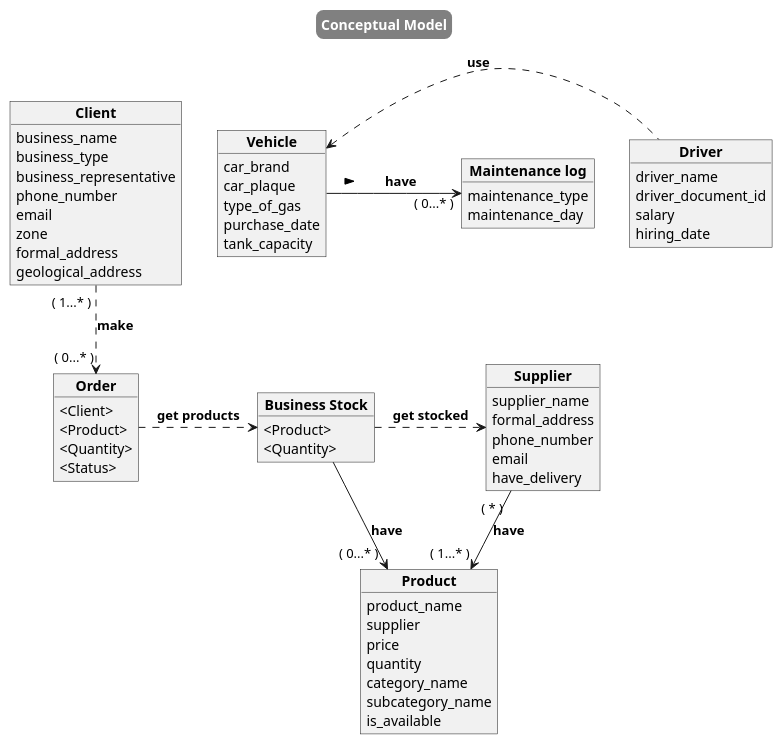
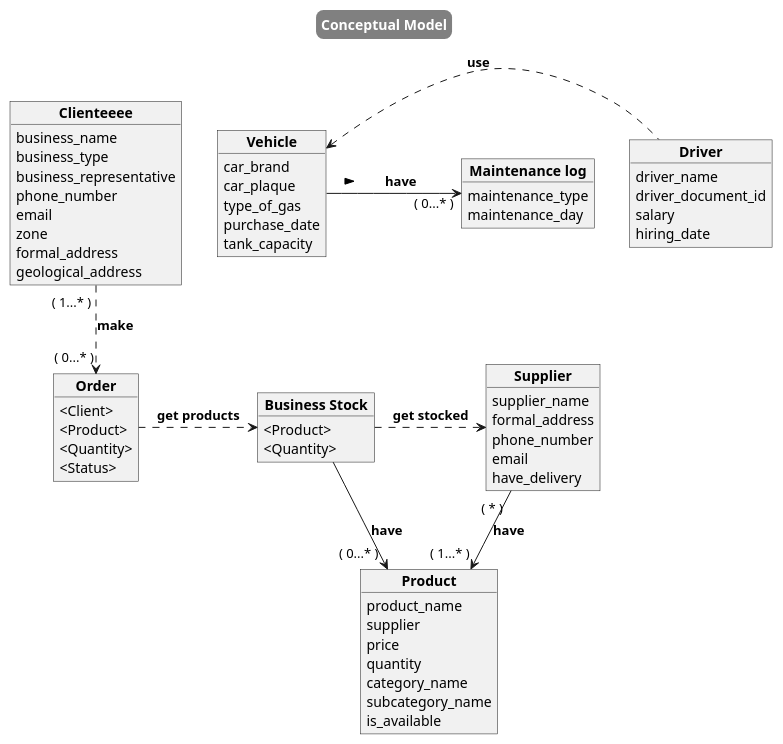
Before and after one commit to hros19/CorreCaminos-management-system: the diagram in database_diagram.wsd, drawn with PlantUML.

```diff
--- a/database_diagram.wsd
+++ b/database_diagram.wsd
@@ -1,79 +1,79 @@
 @startuml Conceptual Database Model
 
 skinparam TitleBorderRoundCorner 15
 skinparam TitleBorderThickness 3
 skinparam TitleBackgroundColor gray
 skinparam TitleFontColor white
 
 title Conceptual Model
 
-object "**Client**" as Client {
+object "**Clienteeee**" as Client {
     business_name
     business_type
     business_representative
     phone_number
     email
     zone
     formal_address
     geological_address
 }
 
 object "**Driver**" as Driver {
     driver_name
     driver_document_id
     salary
     hiring_date
 }
  
 object "**Vehicle**" as Vehicle {
     car_brand
     car_plaque
     type_of_gas
     purchase_date
     tank_capacity
 }
 
 object "**Maintenance log**" as MaintenanceLog {
     maintenance_type
     maintenance_day
 }
 
 object "**Business Stock**" as BusinessStock {
     <Product> 
     <Quantity>
 }
 
 object "**Order**" as Order {
     <Client>
     <Product> 
     <Quantity>
     <Status>
 }
 
 object "**Product**" as Product {
     product_name
     supplier
     price
     quantity
     category_name
     subcategory_name
     is_available
 }
 
 object "**Supplier**" as Supplier {
     supplier_name
     formal_address
     phone_number
     email
     have_delivery
 }
 
 BusinessStock .> Supplier : "**get stocked**"
 Vehicle  <. Driver : "**use**"
 Client " ( 1...* ) " ..> "( 0...* )" Order : "**make**"
 Supplier " ( * ) " --> " ( 1...* ) " Product : "**have**"
 Product " ( 0...* ) " <-- BusinessStock : "**have**" 
 Order .> BusinessStock : "**get products**"
 Vehicle -> "( 0...* )" MaintenanceLog : \t**have**\t >
 
 @enduml
```
